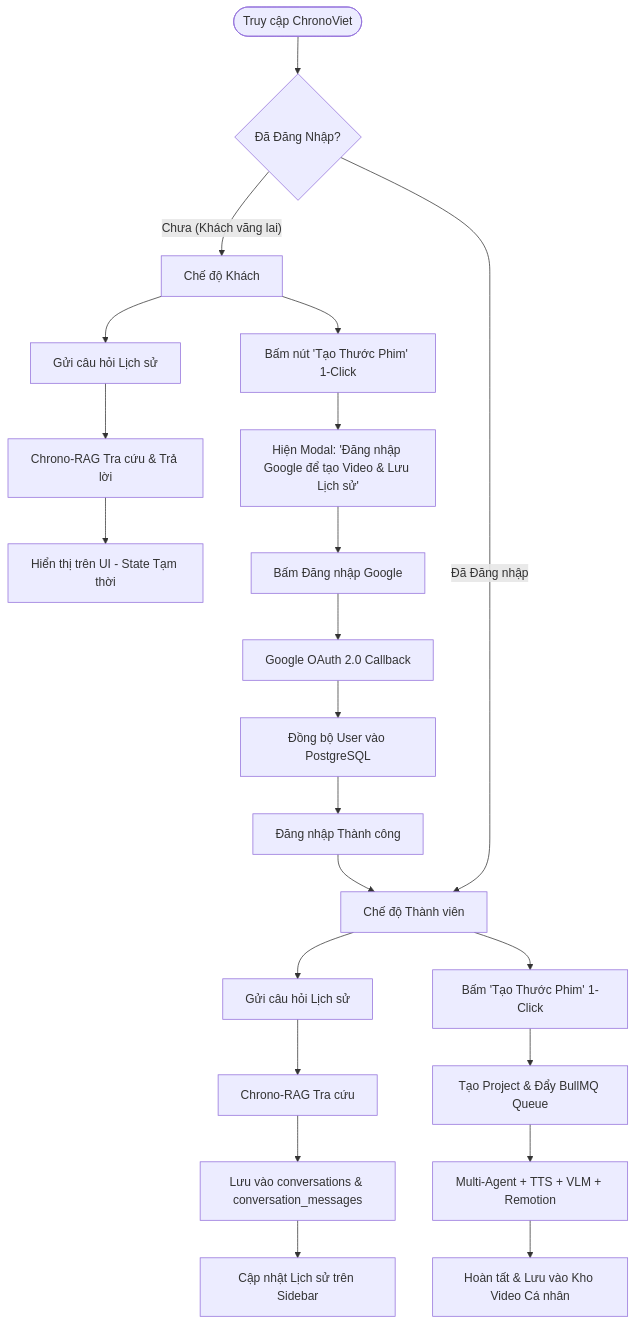
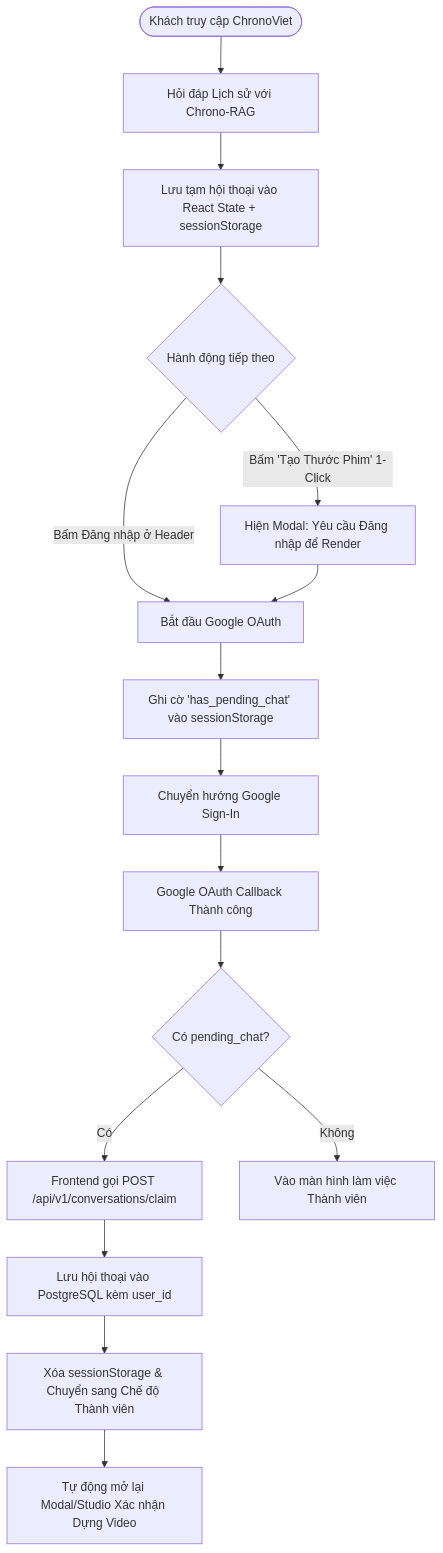
The diagram in docs/specs/USER_AUTH_AND_PERMISSIONS_SPEC.md (TCTri205/ChronoViet), drawn with Mermaid before and after one commit. The commit also changed other lines of this file and 83 other files, not shown here.

First line of the commit message:
feat(eval,vlm,orchestrator): add chatbot/video-gen eval suites and enhance VLM pipeline

````diff
--- a/docs/specs/USER_AUTH_AND_PERMISSIONS_SPEC.md
+++ b/docs/specs/USER_AUTH_AND_PERMISSIONS_SPEC.md
@@ -42,32 +47,23 @@
 ```mermaid
 flowchart TD
-    Start([Truy cập ChronoViet]) --> CheckAuth{Đã Đăng Nhập?}
+    Start([Khách truy cập ChronoViet]) --> GuestChat[Hỏi đáp Lịch sử với Chrono-RAG]
+    GuestChat --> TempStore[Lưu tạm hội thoại vào React State + sessionStorage]
     
-    %% Luồng Guest
-    CheckAuth -- Chưa (Khách vãng lai) --> GuestMode[Chế độ Khách]
-    GuestMode --> ChatAction[Gửi câu hỏi Lịch sử]
-    ChatAction --> RAGProcess[Chrono-RAG Tra cứu & Trả lời]
-    RAGProcess --> DisplayTemp[Hiển thị trên UI - State Tạm thời]
+    TempStore --> ActionChoice{Hành động tiếp theo}
     
-    GuestMode --> ClickCreateVideo[Bấm nút 'Tạo Thước Phim' 1-Click]
-    ClickCreateVideo --> AuthModal[Hiện Modal: 'Đăng nhập Google để tạo Video & Lưu Lịch sử']
-    AuthModal --> GoogleSignIn[Bấm Đăng nhập Google]
+    ActionChoice -- Bấm Đăng nhập ở Header --> TriggerAuth[Bắt đầu Google OAuth]
+    ActionChoice -- Bấm 'Tạo Thước Phim' 1-Click --> AuthModal[Hiện Modal: Yêu cầu Đăng nhập để Render]
+    AuthModal --> TriggerAuth
     
-    %% Luồng Đăng nhập
-    GoogleSignIn --> OAuthCallback[Google OAuth 2.0 Callback]
-    OAuthCallback --> CreateOrUpdateUser[Đồng bộ User vào PostgreSQL]
-    CreateOrUpdateUser --> AuthSuccess[Đăng nhập Thành công]
+    TriggerAuth --> SetPendingFlag[Ghi cờ 'has_pending_chat' vào sessionStorage]
+    SetPendingFlag --> GoogleOAuth[Chuyển hướng Google Sign-In]
+    GoogleOAuth --> OAuthCallback[Google OAuth Callback Thành công]
     
-    CheckAuth -- Đã Đăng nhập --> UserMode[Chế độ Thành viên]
-    AuthSuccess --> UserMode
+    OAuthCallback --> CheckPending{Có pending_chat?}
+    CheckPending -- Có --> AutoClaim[Frontend gọi POST /api/v1/conversations/claim]
+    AutoClaim --> SaveDBChat[Lưu hội thoại vào PostgreSQL kèm user_id]
+    SaveDBChat --> ClearPending[Xóa sessionStorage & Chuyển sang Chế độ Thành viên]
+    ClearPending --> AutoOpenStudio[Tự động mở lại Modal/Studio Xác nhận Dựng Video]
     
-    UserMode --> AuthChat[Gửi câu hỏi Lịch sử]
-    AuthChat --> AuthRAG[Chrono-RAG Tra cứu]
-    AuthRAG --> SaveDBChat[Lưu vào conversations & conversation_messages]
-    SaveDBChat --> UpdateSidebar[Cập nhật Lịch sử trên Sidebar]
-    
-    UserMode --> AuthCreateVideo[Bấm 'Tạo Thước Phim' 1-Click]
-    AuthCreateVideo --> EnqueueJob[Tạo Project & Đẩy BullMQ Queue]
-    EnqueueJob --> RenderPipeline[Multi-Agent + TTS + VLM + Remotion]
-    RenderPipeline --> CompleteVideo[Hoàn tất & Lưu vào Kho Video Cá nhân]
+    CheckPending -- Không --> NormalUserMode[Vào màn hình làm việc Thành viên]
 ```
````
